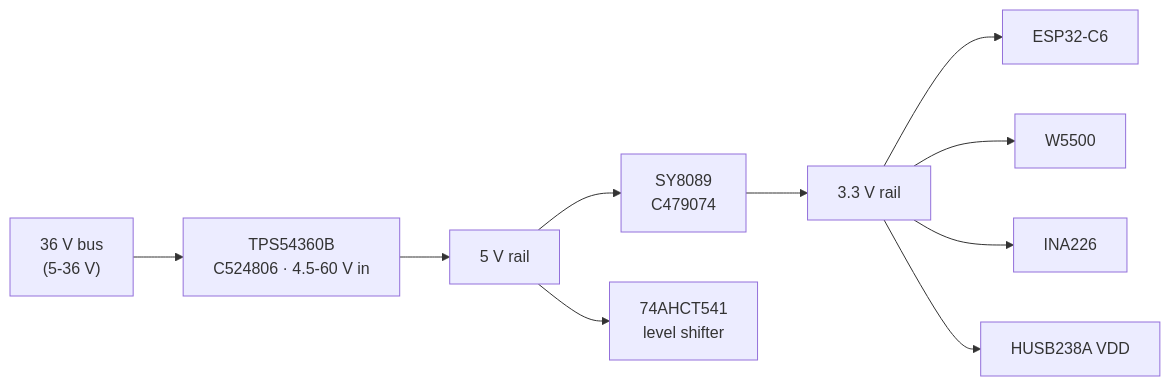
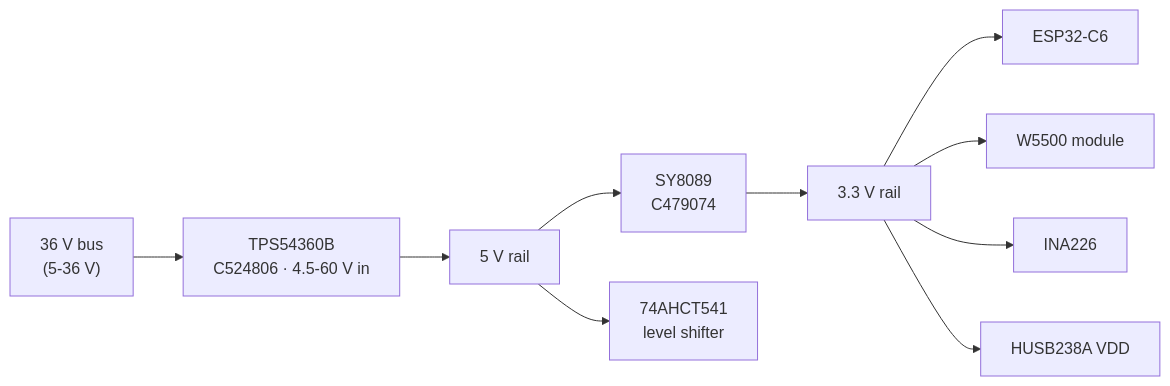
Before and after one commit to lucsoft/pcb-design: the third of 4 diagrams in designs/led-matrix-controller/README.md, drawn with Mermaid. The commit also changed other lines of this file and 4 other files, not shown here.

````diff
--- a/designs/led-matrix-controller/README.md
+++ b/designs/led-matrix-controller/README.md
@@ -308,12 +308,12 @@
 ```mermaid
 flowchart LR
     BUS["36 V bus<br/>(5-36 V)"] --> B1["TPS54360B<br/>C524806 · 4.5-60 V in"]
     B1 --> R5["5 V rail"]
     R5 --> B2["SY8089<br/>C479074"]
     B2 --> R3["3.3 V rail"]
     R5 --> LS["74AHCT541<br/>level shifter"]
     R3 --> MCU["ESP32-C6"]
-    R3 --> ETH["W5500"]
+    R3 --> ETH["W5500 module"]
     R3 --> SENSE["INA226"]
     R3 --> PD["HUSB238A VDD"]
 ```
````
